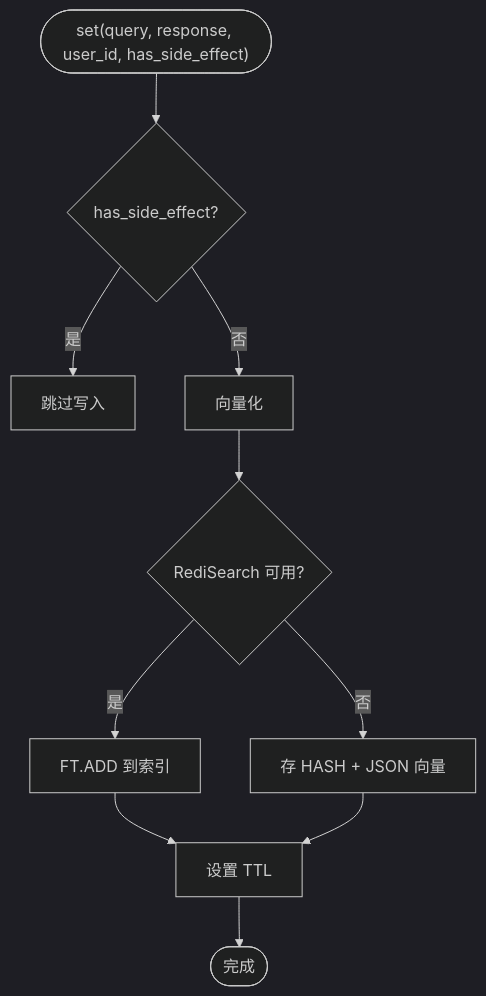
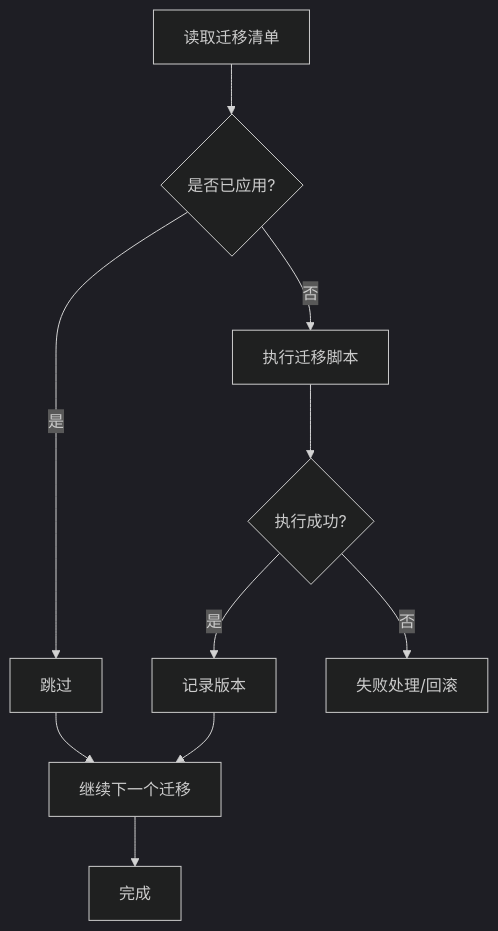
Before and after one commit to zmdhdu/NexusCockpit: the fifth of 6 diagrams in .qoder/repowiki/zh/content/数据存储设计/数据存储设计.md, drawn with Mermaid (dark theme). The commit also changed other lines of this file and 535 other files, not shown here.

````diff
--- a/.qoder/repowiki/zh/content/数据存储设计/数据存储设计.md
+++ b/.qoder/repowiki/zh/content/数据存储设计/数据存储设计.md
@@ -291,12 +302,12 @@
 ```mermaid
 flowchart TD
-S(["set(query, response, user_id, has_side_effect)"]) --> SideCheck{"has_side_effect?"}
-SideCheck -- 是 --> Skip["跳过写入"]
-SideCheck -- 否 --> Embed["向量化"]
-Embed --> Mode{"RediSearch 可用?"}
-Mode -- 是 --> Index["FT.ADD 到索引"]
-Mode -- 否 --> StoreHash["存 HASH + JSON 向量"]
-Index --> Expire["设置 TTL"]
-StoreHash --> Expire
-Expire --> Done(["完成"])
+A["读取迁移清单"] --> B{"是否已应用?"}
+B --> |是| C["跳过"]
+B --> |否| D["执行迁移脚本"]
+D --> E{"执行成功?"}
+E --> |是| F["记录版本"]
+E --> |否| G["失败处理/回滚"]
+F --> H["继续下一个迁移"]
+C --> H
+H --> I["完成"]
 ```
````
